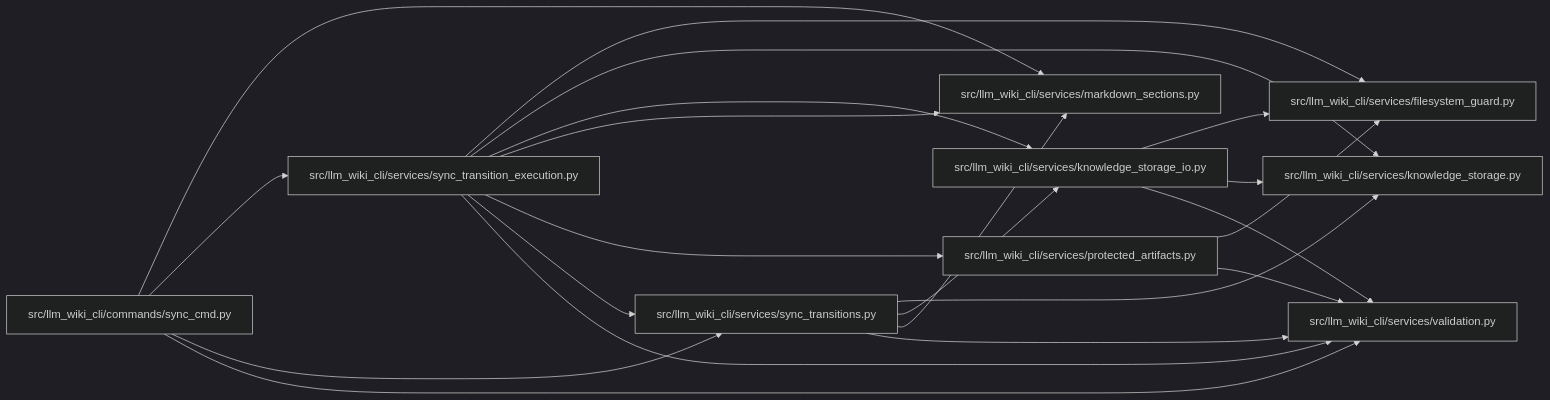
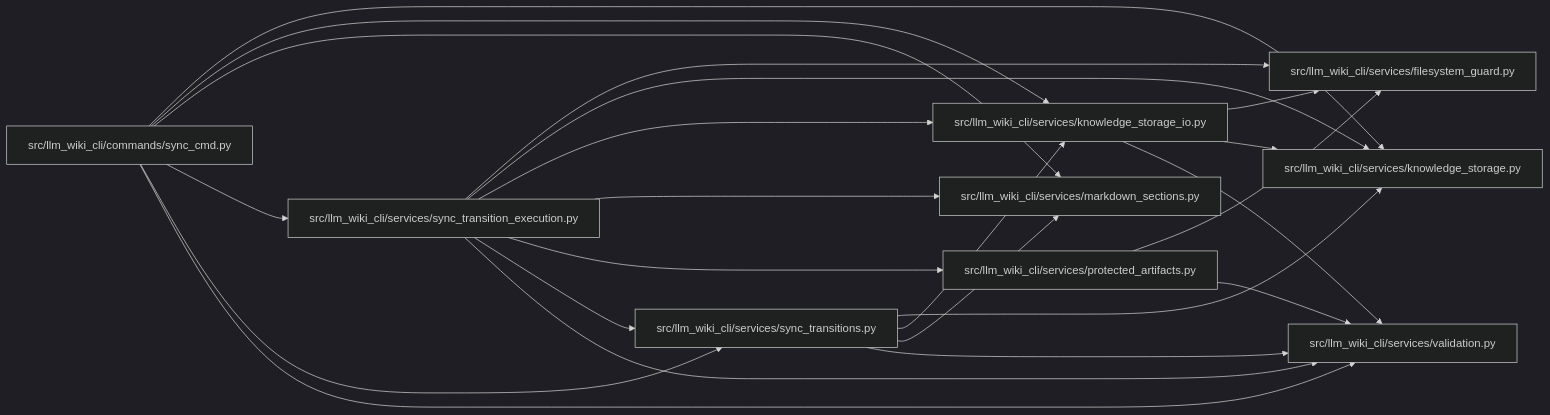
One commit to Denissvgn/python-wiki-llm changed the diagram in docs/llm_wiki/modules/sync_transition_execution.md. Above: the diagram before and after it, drawn with Mermaid (dark theme). The commit also changed 473 other files, not shown here.

````diff
--- a/docs/llm_wiki/modules/sync_transition_execution.md
+++ b/docs/llm_wiki/modules/sync_transition_execution.md
@@ -31,41 +31,43 @@
 ```mermaid
 flowchart LR
     n0["src/llm_wiki_cli/commands/sync_cmd.py"]
     n1["src/llm_wiki_cli/services/filesystem_guard.py"]
     n2["src/llm_wiki_cli/services/knowledge_storage.py"]
     n3["src/llm_wiki_cli/services/knowledge_storage_io.py"]
     n4["src/llm_wiki_cli/services/markdown_sections.py"]
     n5["src/llm_wiki_cli/services/protected_artifacts.py"]
     n6["src/llm_wiki_cli/services/sync_transition_execution.py"]
     n7["src/llm_wiki_cli/services/sync_transitions.py"]
     n8["src/llm_wiki_cli/services/validation.py"]
+    n0 --> n2
+    n0 --> n3
     n0 --> n4
     n0 --> n6
     n0 --> n7
     n0 --> n8
     n3 --> n1
     n3 --> n2
     n3 --> n8
     n5 --> n1
     n5 --> n8
     n6 --> n1
     n6 --> n2
     n6 --> n3
     n6 --> n4
     n6 --> n5
     n6 --> n7
     n6 --> n8
     n7 --> n2
     n7 --> n3
     n7 --> n4
     n7 --> n8
     click n0 "../modules/sync_cmd.md"
     click n1 "../modules/filesystem_guard.md"
     click n2 "../modules/knowledge_storage.md"
     click n3 "../modules/knowledge_storage_io.md"
     click n4 "../modules/markdown_sections.md"
     click n5 "../modules/protected_artifacts.md"
     click n6 "../modules/sync_transition_execution.md"
     click n7 "../modules/sync_transitions.md"
     click n8 "../modules/validation.md"
 ```
````
